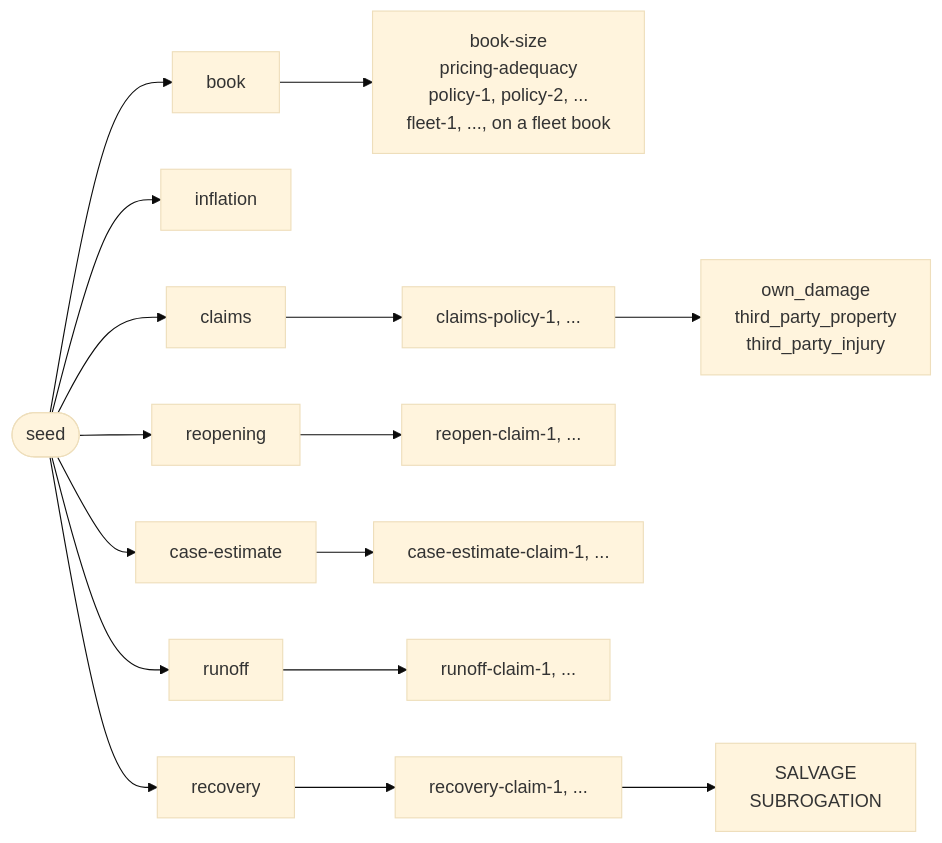
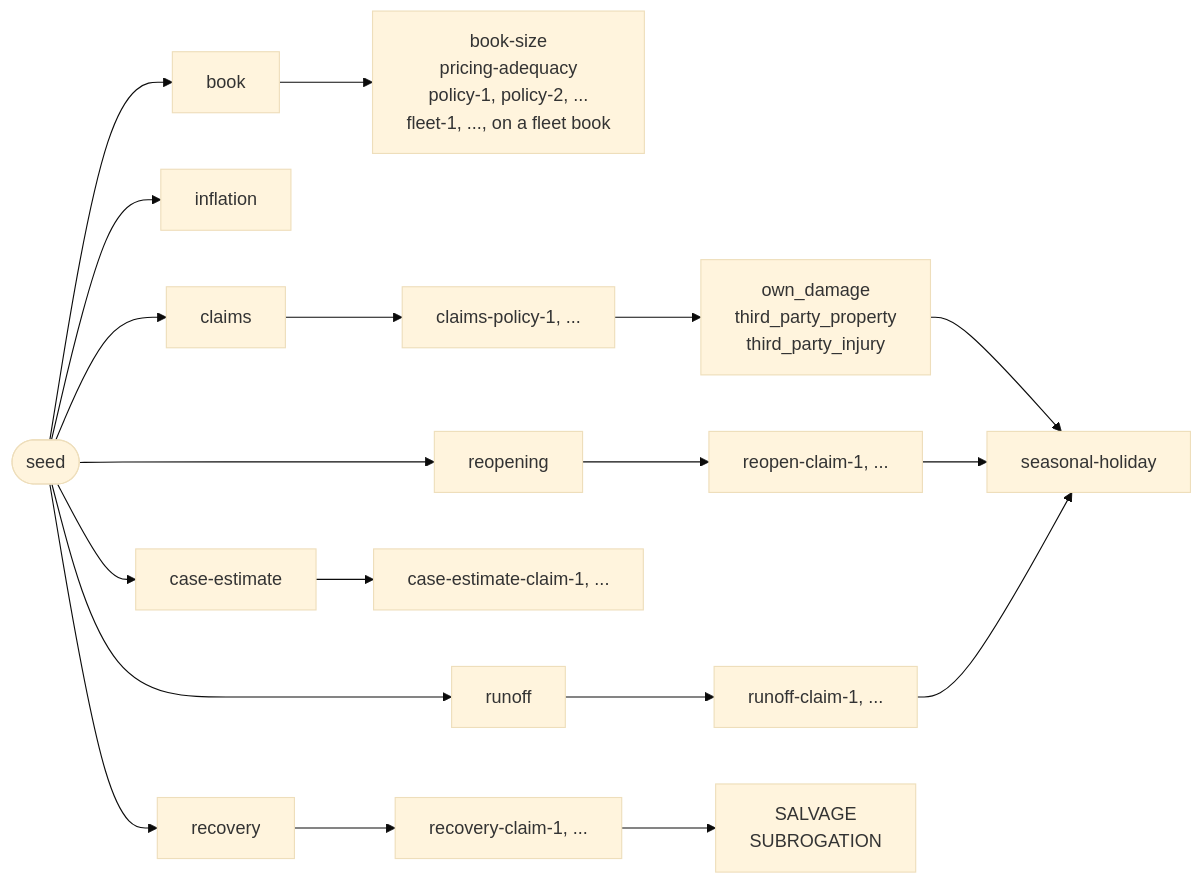
Before and after one commit to le-marais/claims-data-generator: the eighth of 10 diagrams in README.md, drawn with Mermaid (base theme). The commit also changed other lines of this file and 22 other files, not shown here.

````diff
--- a/README.md
+++ b/README.md
@@ -300,27 +309,29 @@
 ```mermaid
 %%{init: {"flowchart": {"wrappingWidth": 480}}}%%
 flowchart LR
     seed(["seed"])
     book["book"]
     bookStreams["book-size<br/>pricing-adequacy<br/>policy-1, policy-2, ...<br/>fleet-1, ..., on a fleet book"]
     inflation["inflation"]
     claims["claims"]
     claimStreams["claims-policy-1, ..."]
     sectionStreams["own_damage<br/>third_party_property<br/>third_party_injury"]
+    holidayStreams["seasonal-holiday"]
     reopening["reopening"]
     reopenStreams["reopen-claim-1, ..."]
     caseEstimate["case-estimate"]
     caseStreams["case-estimate-claim-1, ..."]
     runoff["runoff"]
     runoffStreams["runoff-claim-1, ..."]
     recovery["recovery"]
     recoveryStreams["recovery-claim-1, ..."]
     recoveryKinds["SALVAGE<br/>SUBROGATION"]
     seed --> book --> bookStreams
     seed --> inflation
     seed --> claims --> claimStreams --> sectionStreams
     seed --> reopening --> reopenStreams
     seed --> caseEstimate --> caseStreams
     seed --> runoff --> runoffStreams
+    sectionStreams & reopenStreams & runoffStreams --> holidayStreams
     seed --> recovery --> recoveryStreams --> recoveryKinds
 ```
````
